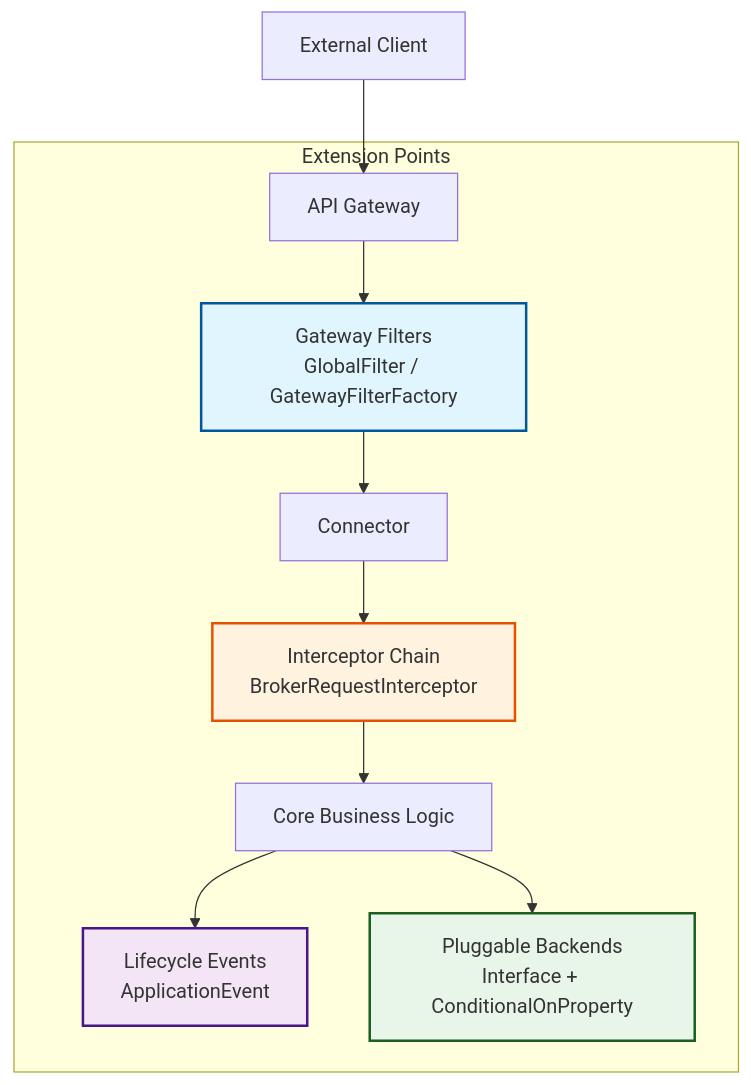
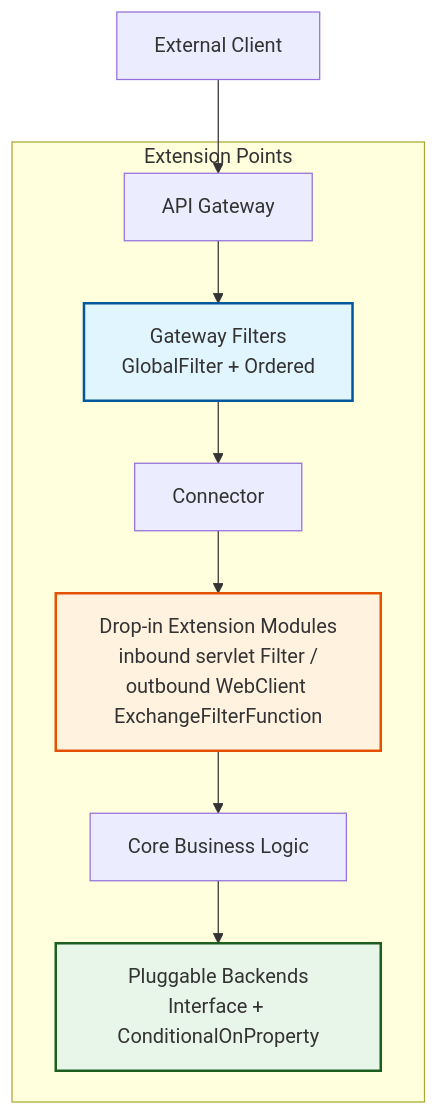
One commit to Access4Learning/OSDB changed diagram 15 of 29 in docs/architecture/SYSTEM-ARCHITECTURE.md. Above: the diagram before and after it, drawn with Mermaid. The commit also changed other lines of this file and 44 other files, not shown here.

````diff
--- a/docs/architecture/SYSTEM-ARCHITECTURE.md
+++ b/docs/architecture/SYSTEM-ARCHITECTURE.md
@@ -6374,18 +6374,16 @@
 ```mermaid
 graph TD
     Client[External Client] --> GW[API Gateway]
-    
+
     subgraph "Extension Points"
-        GW --> GF[Gateway Filters<br/>GlobalFilter / GatewayFilterFactory]
+        GW --> GF[Gateway Filters<br/>GlobalFilter + Ordered]
         GF --> Conn[Connector]
-        Conn --> IC[Interceptor Chain<br/>BrokerRequestInterceptor]
-        IC --> Core[Core Business Logic]
-        Core --> LE[Lifecycle Events<br/>ApplicationEvent]
+        Conn --> EM[Drop-in Extension Modules<br/>inbound servlet Filter /<br/>outbound WebClient ExchangeFilterFunction]
+        EM --> Core[Core Business Logic]
         Core --> PB[Pluggable Backends<br/>Interface + ConditionalOnProperty]
     end
-    
+
     style GF fill:#e1f5ff,stroke:#01579b,stroke-width:2px
-    style IC fill:#fff3e0,stroke:#e65100,stroke-width:2px
-    style LE fill:#f3e5f5,stroke:#4a148c,stroke-width:2px
+    style EM fill:#fff3e0,stroke:#e65100,stroke-width:2px
     style PB fill:#e8f5e9,stroke:#1b5e20,stroke-width:2px
 ```
````
